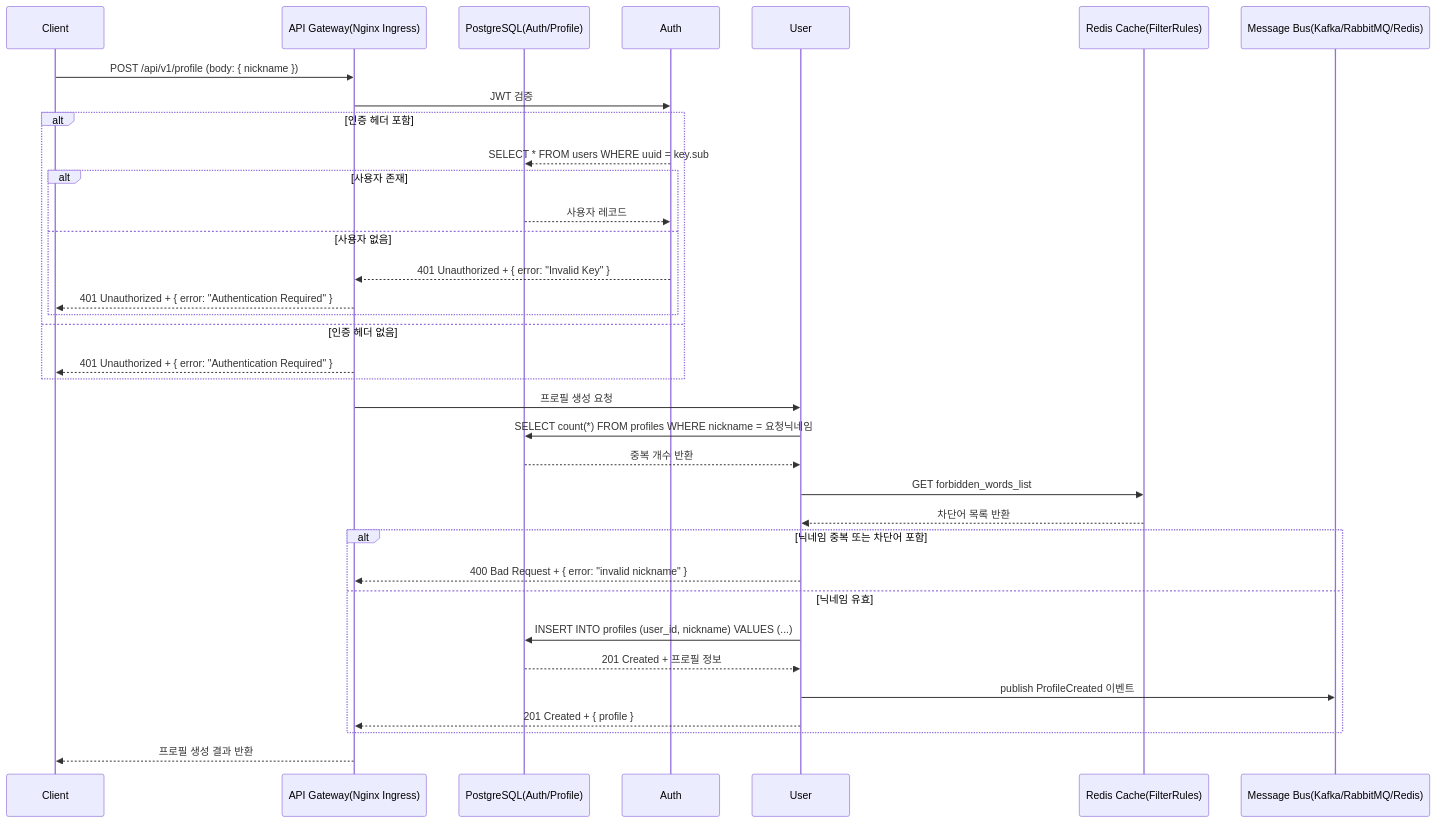
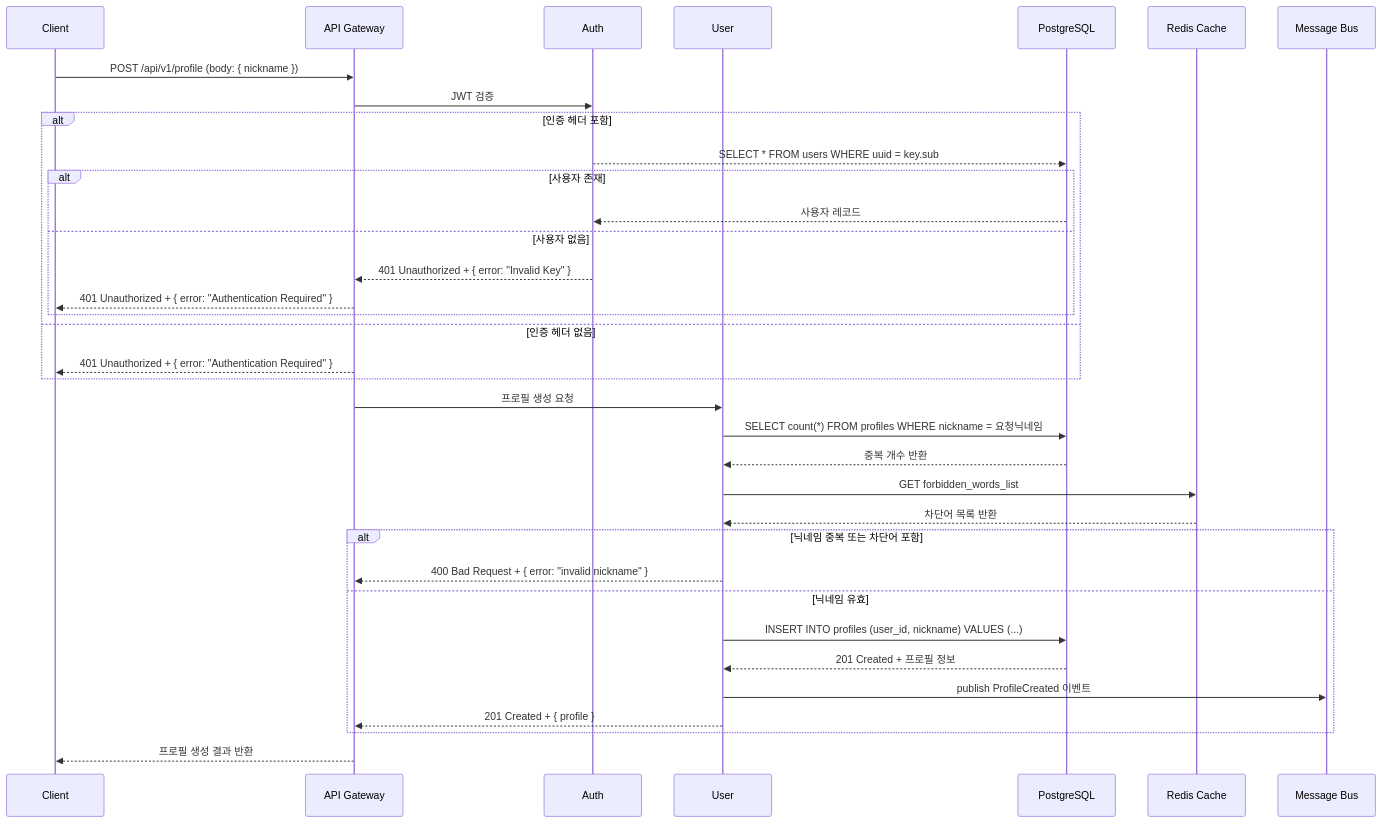
Before and after one commit to myeonghan-nim/veilgram: the sixth of 47 diagrams in documents/sequence_diagram.md, drawn with Mermaid. The commit also changed other lines of this file and 1 other file, not shown here.

````diff
--- a/documents/sequence_diagram.md
+++ b/documents/sequence_diagram.md
@@ -194,39 +194,38 @@
 ```mermaid
 sequenceDiagram
     participant Client as Client
-    participant APIGW as API Gateway(Nginx Ingress)
-    participant DB as PostgreSQL(Profile)
+    participant APIGW as API Gateway
     participant Auth as Auth
     participant User as User
-    participant DB as PostgreSQL(Auth/Profile)
-    participant Cache as Redis Cache(FilterRules)
-    participant Bus as Message Bus(Kafka/RabbitMQ/Redis)
+    participant DB as PostgreSQL
+    participant Cache as Redis Cache
+    participant Bus as Message Bus
 
     Client->>APIGW: POST /api/v1/profile (body: { nickname })
     APIGW->>Auth: JWT 검증
     alt 인증 헤더 포함
         Auth-->>DB: SELECT * FROM users WHERE uuid = key.sub
         alt 사용자 존재
             DB-->>Auth: 사용자 레코드
         else 사용자 없음
             Auth-->>APIGW: 401 Unauthorized + { error: "Invalid Key" }
             APIGW-->>Client: 401 Unauthorized + { error: "Authentication Required" }
         end
     else 인증 헤더 없음
         APIGW-->>Client: 401 Unauthorized + { error: "Authentication Required" }
     end
     APIGW->>User: 프로필 생성 요청
     User->>DB: SELECT count(*) FROM profiles WHERE nickname = 요청닉네임
     DB-->>User: 중복 개수 반환
     User->>Cache: GET forbidden_words_list
     Cache-->>User: 차단어 목록 반환
     alt 닉네임 중복 또는 차단어 포함
         User-->>APIGW: 400 Bad Request + { error: "invalid nickname" }
     else 닉네임 유효
         User->>DB: INSERT INTO profiles (user_id, nickname) VALUES (...)
         DB-->>User: 201 Created + 프로필 정보
         User->>Bus: publish ProfileCreated 이벤트
         User-->>APIGW: 201 Created + { profile }
     end
     APIGW-->>Client: 프로필 생성 결과 반환
 ```
````
